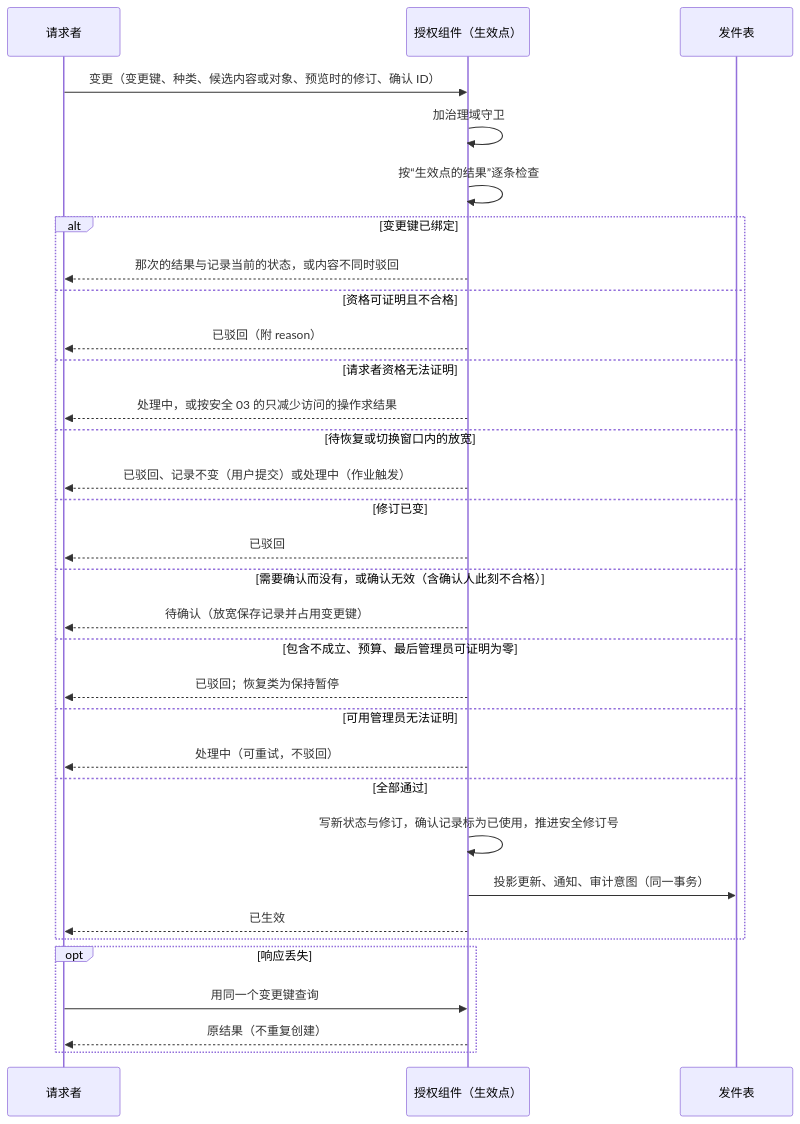
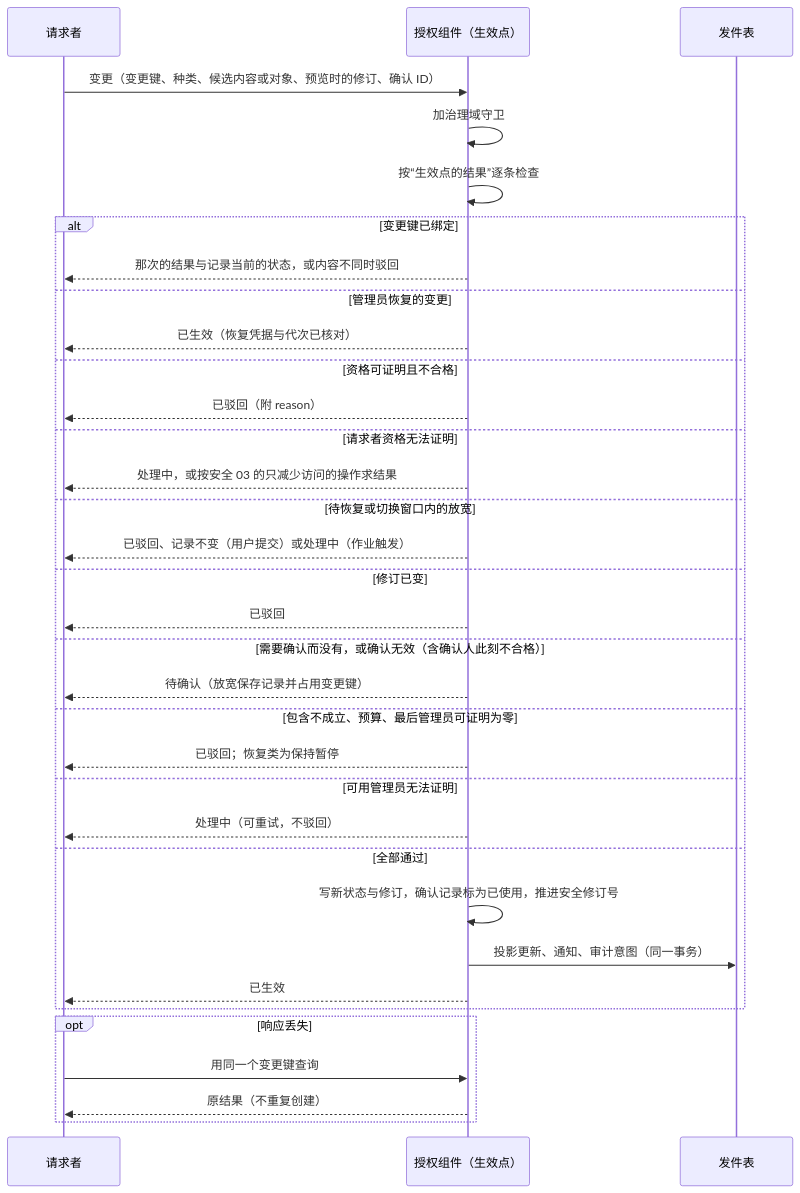
Before and after one commit to brickKit/be-assembly-standard: the first of 2 diagrams in tempDocs/final/06-protocols/security/08-state-and-change-protocol.md, drawn with Mermaid. The commit also changed other lines of this file and 10 other files, not shown here.

````diff
--- a/tempDocs/final/06-protocols/security/08-state-and-change-protocol.md
+++ b/tempDocs/final/06-protocols/security/08-state-and-change-protocol.md
@@ -181,34 +198,36 @@
 ```mermaid
 sequenceDiagram
     participant R as 请求者
     participant Z as 授权组件（生效点）
     participant O as 发件表
     R->>Z: 变更（变更键、种类、候选内容或对象、预览时的修订、确认 ID）
     Z->>Z: 加治理域守卫
     Z->>Z: 按“生效点的结果”逐条检查
     alt 变更键已绑定
         Z-->>R: 那次的结果与记录当前的状态，或内容不同时驳回
+    else 管理员恢复的变更
+        Z-->>R: 已生效（恢复凭据与代次已核对）
     else 资格可证明且不合格
         Z-->>R: 已驳回（附 reason）
     else 请求者资格无法证明
         Z-->>R: 处理中，或按安全 03 的只减少访问的操作求结果
     else 待恢复或切换窗口内的放宽
         Z-->>R: 已驳回、记录不变（用户提交）或处理中（作业触发）
     else 修订已变
         Z-->>R: 已驳回
     else 需要确认而没有，或确认无效（含确认人此刻不合格）
         Z-->>R: 待确认（放宽保存记录并占用变更键）
     else 包含不成立、预算、最后管理员可证明为零
         Z-->>R: 已驳回；恢复类为保持暂停
     else 可用管理员无法证明
         Z-->>R: 处理中（可重试，不驳回）
     else 全部通过
         Z->>Z: 写新状态与修订，确认记录标为已使用，推进安全修订号
         Z->>O: 投影更新、通知、审计意图（同一事务）
         Z-->>R: 已生效
     end
     opt 响应丢失
         R->>Z: 用同一个变更键查询
         Z-->>R: 原结果（不重复创建）
     end
 ```
````
